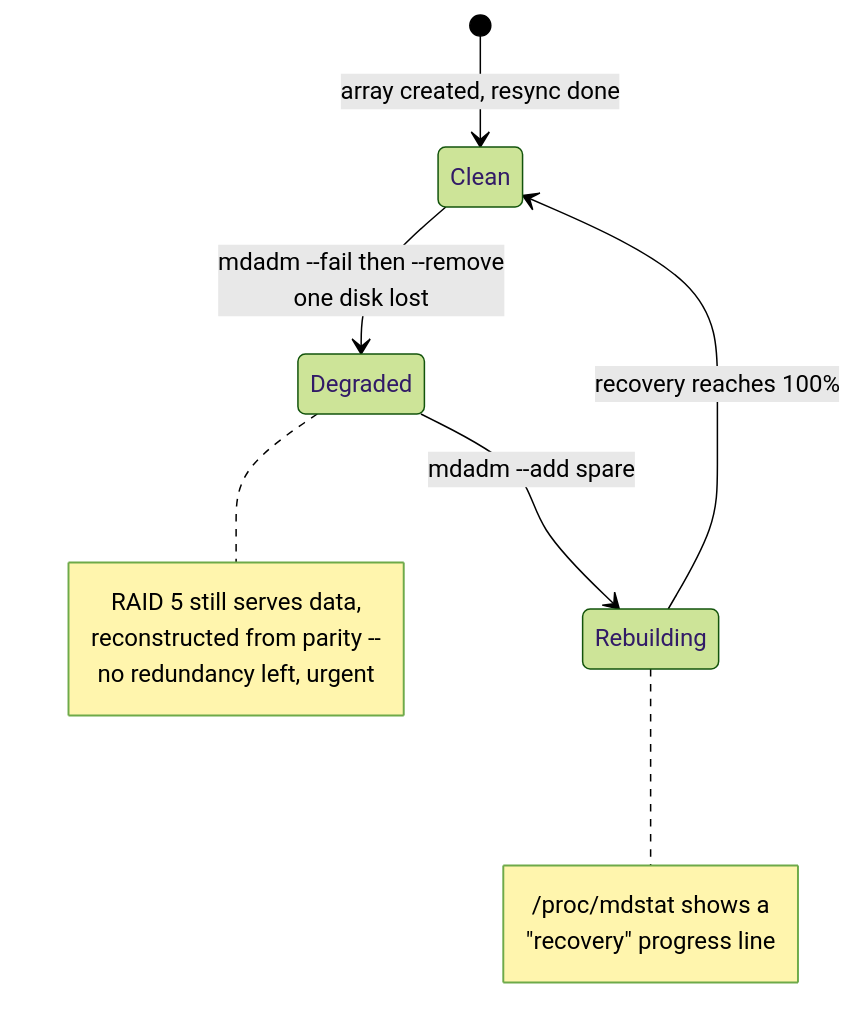
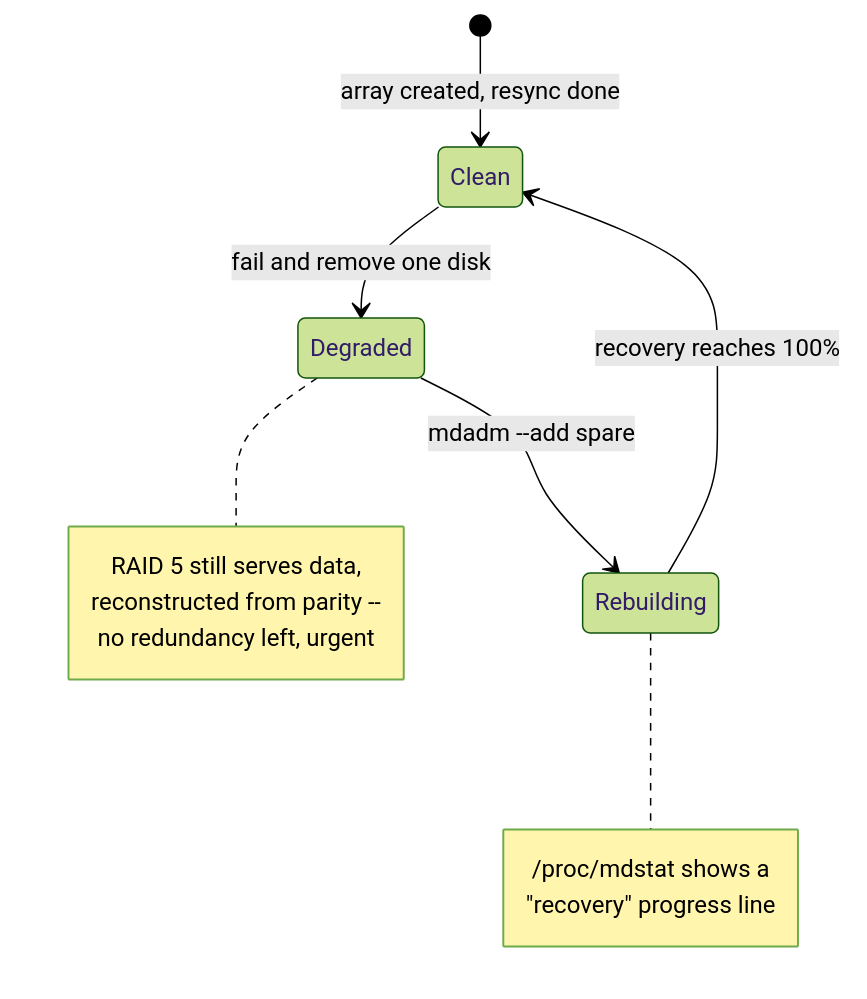
One commit to astrona-io/ATS004 changed the diagram in sections/section-030/module-04/course-01-health-and-failure.md. Above: the diagram before and after it, drawn with Mermaid (forest theme). The commit also changed other lines of this file and 287 other files, not shown here.

````diff
--- a/sections/section-030/module-04/course-01-health-and-failure.md
+++ b/sections/section-030/module-04/course-01-health-and-failure.md
@@ -7,18 +5,18 @@
 ```mermaid
 stateDiagram-v2
     [*] --> Clean: array created, resync done
-    Clean --> Degraded: mdadm --fail then --remove<br/>one disk lost
+    Clean --> Degraded: fail and remove one disk
     Degraded --> Rebuilding: mdadm --add spare
     Rebuilding --> Clean: recovery reaches 100%
 
     note right of Degraded
         RAID 5 still serves data,
         reconstructed from parity --
         no redundancy left, urgent
     end note
 
     note right of Rebuilding
         /proc/mdstat shows a
         "recovery" progress line
     end note
 ```
````
